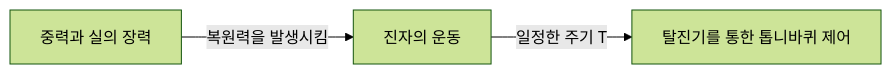
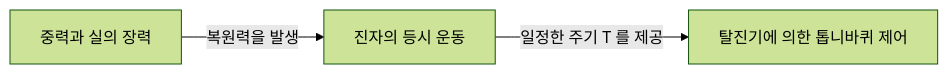
One commit to kenjinote/blog changed the second of 3 diagrams in content/post/history-of-timekeeping-technology/index.ko.md. Above: the diagram before and after it, drawn with Mermaid (forest theme). The commit also changed other lines of this file and 129 other files, not shown here.

````diff
--- a/content/post/history-of-timekeeping-technology/index.ko.md
+++ b/content/post/history-of-timekeeping-technology/index.ko.md
@@ -36,5 +41,5 @@
 ```mermaid
 graph LR
-    A["중력과 실의 장력"] -- "복원력을 발생시킴" --> B["진자의 운동"]
-    B -- "일정한 주기 T" --> C["탈진기를 통한 톱니바퀴 제어"]
+    A["중력과 실의 장력"] -- "복원력을 발생" --> B["진자의 등시 운동"]
+    B -- "일정한 주기 T 를 제공" --> C["탈진기에 의한 톱니바퀴 제어"]
 ```
````
